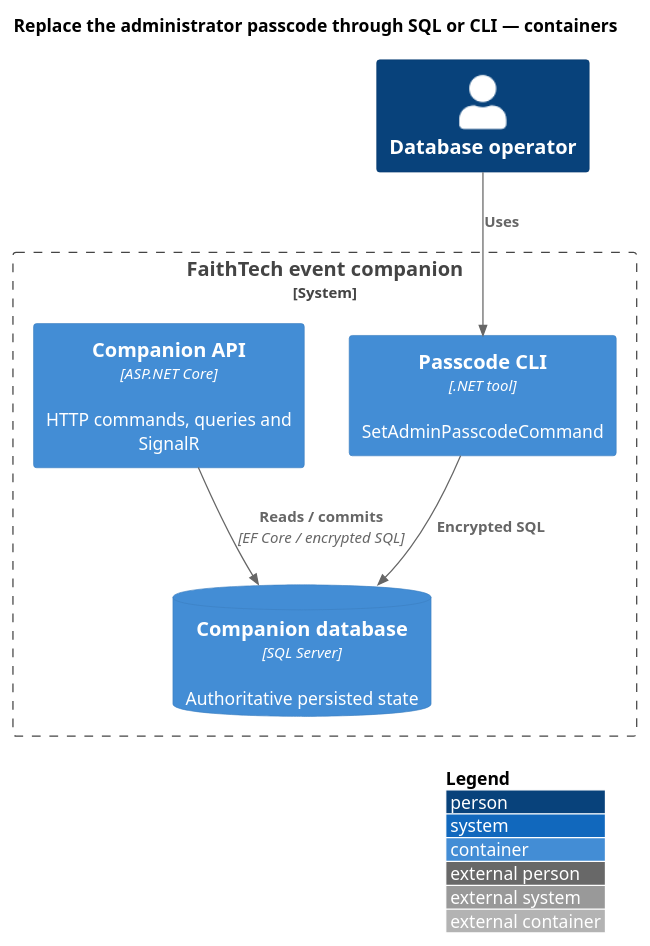
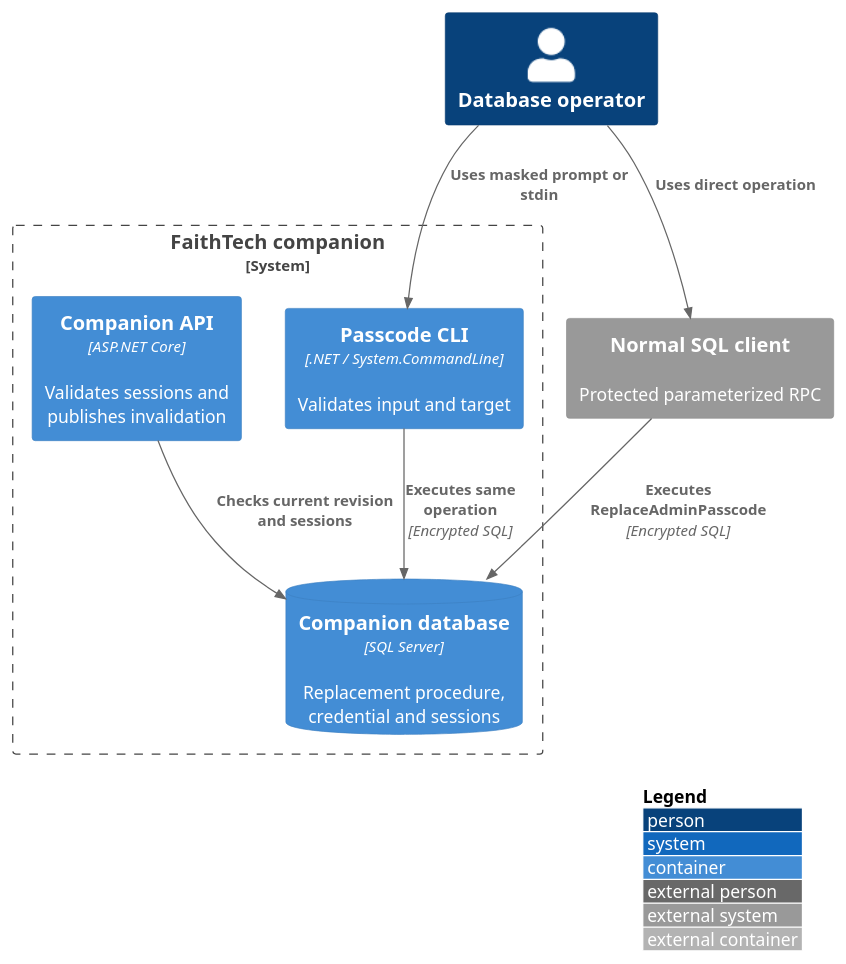
Before and after one commit to QuinntyneBrown/faithtech-toronto-ai-build-event: the diagram in docs/detailed-designs/access/replace-passcode/diagrams/c4-container.puml, drawn with PlantUML. The commit also changed 100 other files, not shown here.

Commit message:
docs: complete design coverage and verify rendered architecture

```diff
--- a/docs/detailed-designs/access/replace-passcode/diagrams/c4-container.puml
+++ b/docs/detailed-designs/access/replace-passcode/diagrams/c4-container.puml
@@ -1,14 +1,16 @@
 @startuml
 !include <C4/C4_Container>
 LAYOUT_WITH_LEGEND()
-title Replace the administrator passcode through SQL or CLI — containers
-Person(actor, "Database operator")
-System_Boundary(system, "FaithTech event companion") {
-Container(client, "Passcode CLI", ".NET tool", "SetAdminPasscodeCommand")
-Container(api, "Companion API", "ASP.NET Core", "HTTP commands, queries and SignalR")
-ContainerDb(db, "Companion database", "SQL Server", "Authoritative persisted state")
+Person(operator, "Database operator")
+System_Ext(sqlClient, "Normal SQL client", "Protected parameterized RPC")
+System_Boundary(system, "FaithTech companion") {
+Container(cli, "Passcode CLI", ".NET / System.CommandLine", "Validates input and target")
+Container(api, "Companion API", "ASP.NET Core", "Validates sessions and publishes invalidation")
+ContainerDb(db, "Companion database", "SQL Server", "Replacement procedure, credential and sessions")
 }
-Rel(actor, client, "Uses")
-Rel(client, db, "Encrypted SQL")
-Rel(api, db, "Reads / commits", "EF Core / encrypted SQL")
+Rel(operator, sqlClient, "Uses direct operation")
+Rel(operator, cli, "Uses masked prompt or stdin")
+Rel(sqlClient, db, "Executes ReplaceAdminPasscode", "Encrypted SQL")
+Rel(cli, db, "Executes same operation", "Encrypted SQL")
+Rel(api, db, "Checks current revision and sessions")
 @enduml
```
